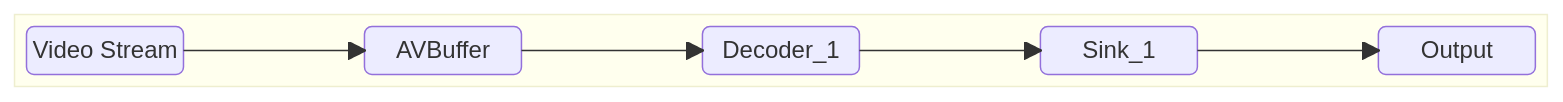
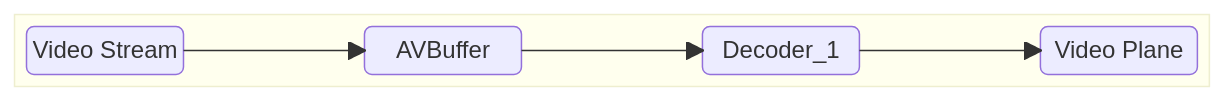
One commit to davidkoo-brcm/rdk-halif-aidl-test-videosink changed the second of 4 diagrams in docs/pages/videoSink_High-Level_TestSpecification.md. Above: the diagram before and after it, drawn with Mermaid. The commit also changed other lines of this file, not shown here.

First line of the commit message:
gh #26 Video Sink HLD update

````diff
--- a/docs/pages/videoSink_High-Level_TestSpecification.md
+++ b/docs/pages/videoSink_High-Level_TestSpecification.md
@@ -61,10 +74,9 @@
 ```mermaid
 block-beta
     block:1
-        VideoStream("Video Stream") space AVBuffer("AVBuffer") space Decoder("Decoder_1") space Sink("Sink_1") space Output("Output")
+        VideoStream("Video Stream") space AVBuffer("AVBuffer") space Decoder("Decoder_1") space Output("Video Plane")
         VideoStream --> AVBuffer
         AVBuffer --> Decoder
-        Decoder --> Sink
-        Sink --> Output
+        Decoder --> Output
     end
 ```
````
